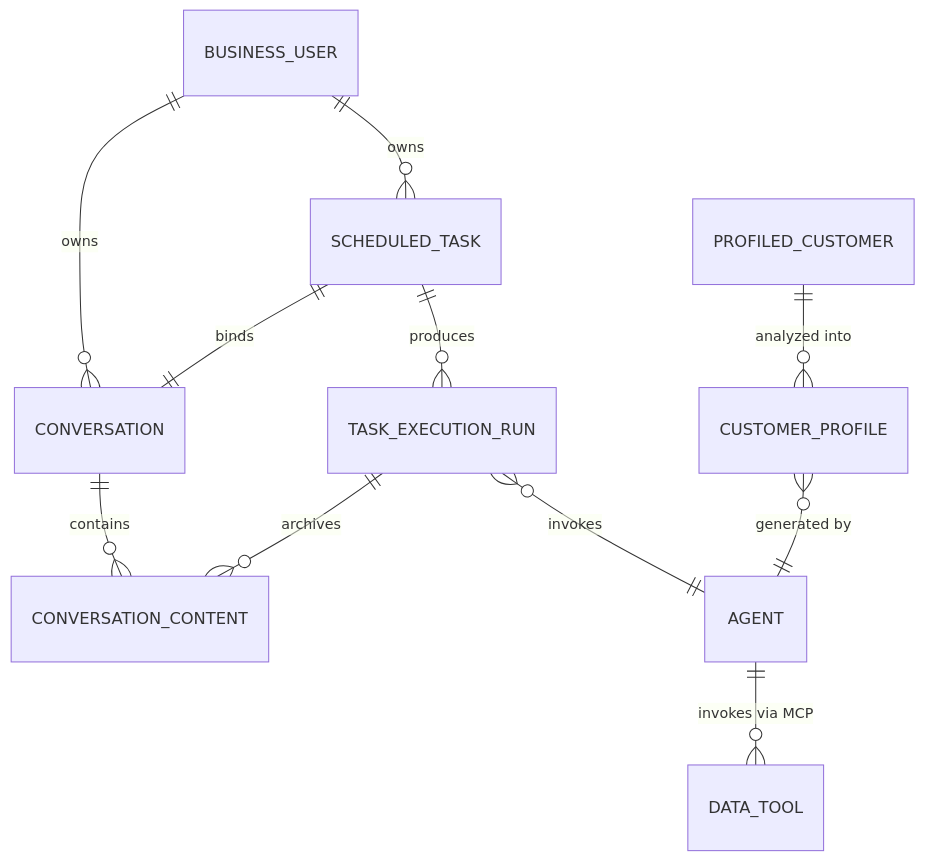
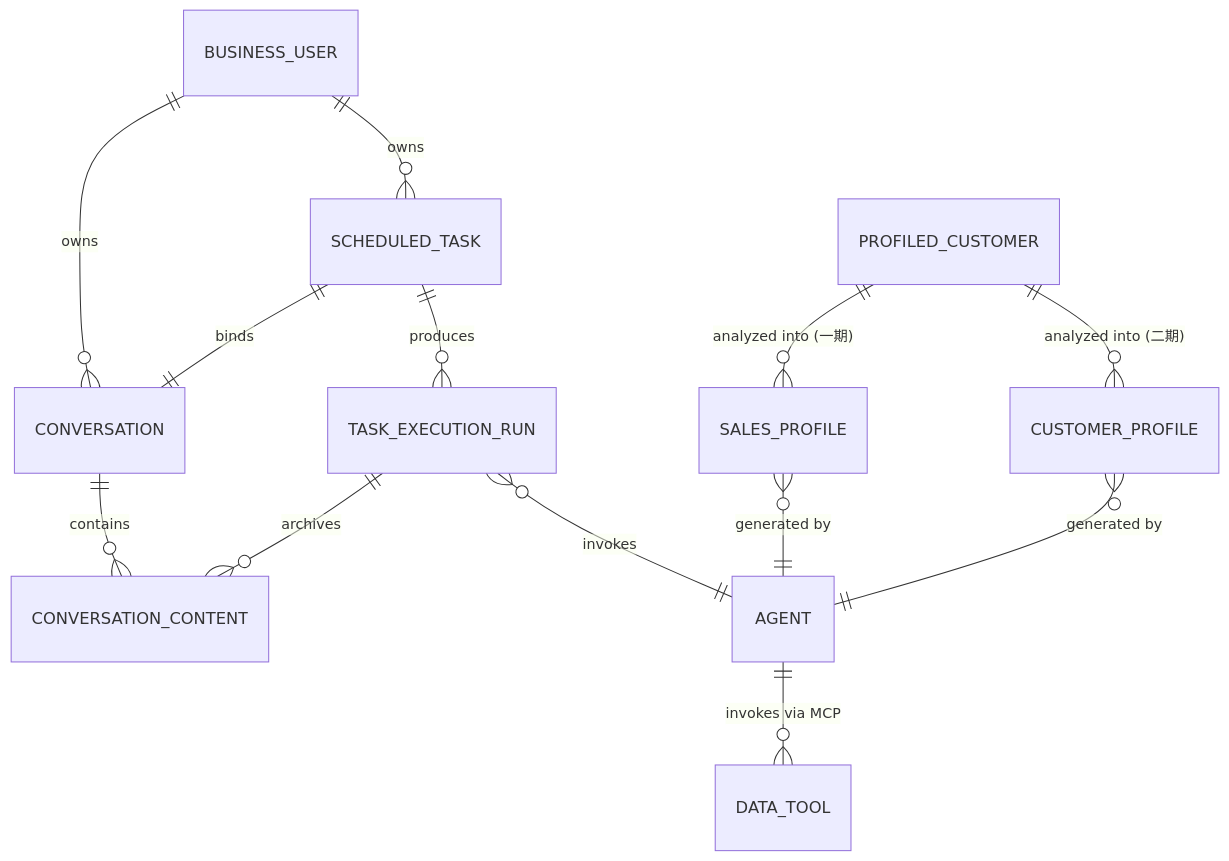
Before and after one commit to ChiYouIc/ehub-ai-workbench-prd: the first of 4 diagrams in CONTEXT.md, drawn with Mermaid. The commit also changed other lines of this file and 22 other files, not shown here.

First line of the commit message:
feat(customer-profile): roadmap r4 修订——sales 定为画像一期，ops 后移二期冻结

````diff
--- a/CONTEXT.md
+++ b/CONTEXT.md
@@ -50,13 +52,15 @@
 ```mermaid
 erDiagram
     BUSINESS_USER ||--o{ SCHEDULED_TASK : owns
     BUSINESS_USER ||--o{ CONVERSATION : owns
     SCHEDULED_TASK ||--|| CONVERSATION : binds
     CONVERSATION ||--o{ CONVERSATION_CONTENT : contains
     SCHEDULED_TASK ||--o{ TASK_EXECUTION_RUN : produces
     TASK_EXECUTION_RUN ||--o{ CONVERSATION_CONTENT : archives
     TASK_EXECUTION_RUN }o--|| AGENT : invokes
-    PROFILED_CUSTOMER ||--o{ CUSTOMER_PROFILE : "analyzed into"
+    PROFILED_CUSTOMER ||--o{ SALES_PROFILE : "analyzed into (一期)"
+    PROFILED_CUSTOMER ||--o{ CUSTOMER_PROFILE : "analyzed into (二期)"
+    SALES_PROFILE }o--|| AGENT : "generated by"
     CUSTOMER_PROFILE }o--|| AGENT : "generated by"
     AGENT ||--o{ DATA_TOOL : "invokes via MCP"
 ```
````
